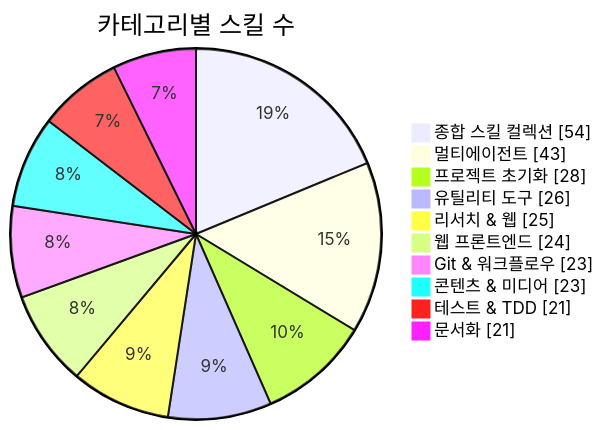
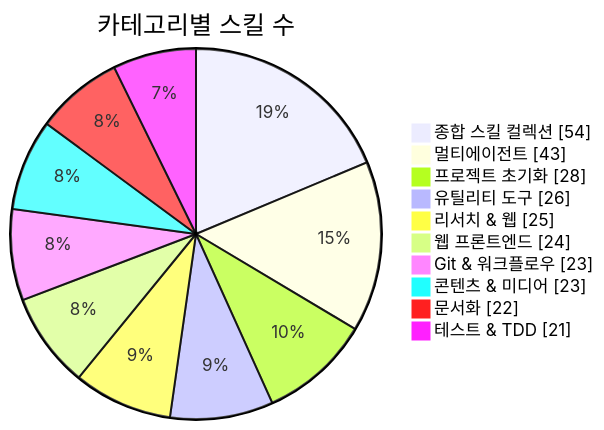
Before and after one commit to J-nowcow/awesome-korean-agent-skills: the first of 3 diagrams in README.md, drawn with Mermaid. The commit also changed other lines of this file and 4 other files, not shown here.

````diff
--- a/README.md
+++ b/README.md
@@ -176,14 +176,14 @@
 ```mermaid
 pie showData
     title 카테고리별 스킬 수
     "종합 스킬 컬렉션" : 54
     "멀티에이전트" : 43
     "프로젝트 초기화" : 28
     "유틸리티 도구" : 26
     "리서치 & 웹" : 25
     "웹 프론트엔드" : 24
     "Git & 워크플로우" : 23
     "콘텐츠 & 미디어" : 23
+    "문서화" : 22
     "테스트 & TDD" : 21
-    "문서화" : 21
 ```
````
